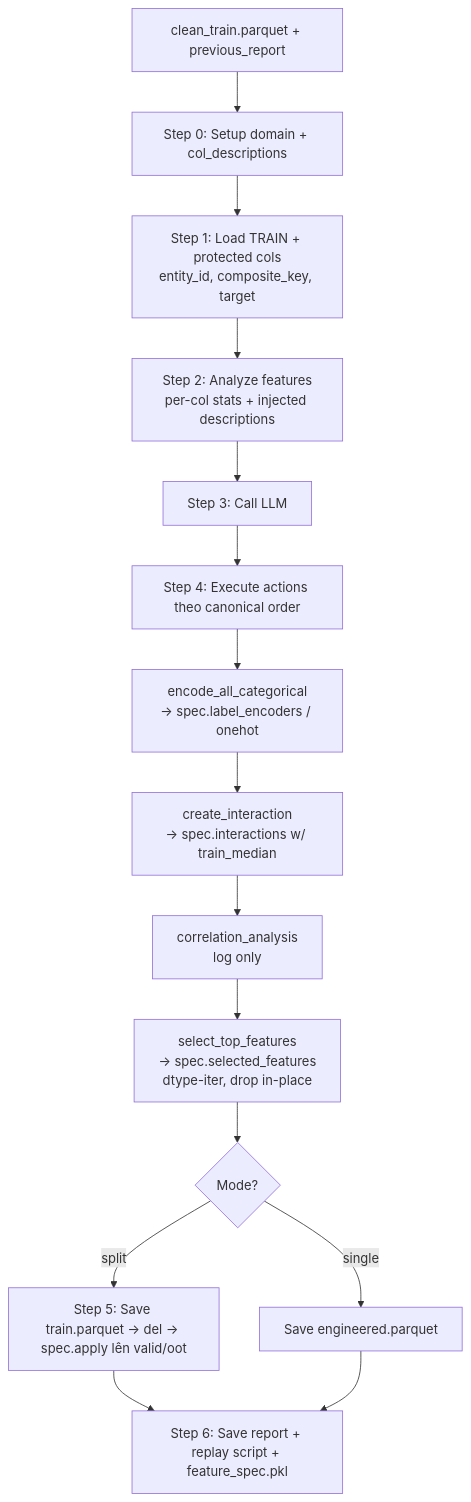
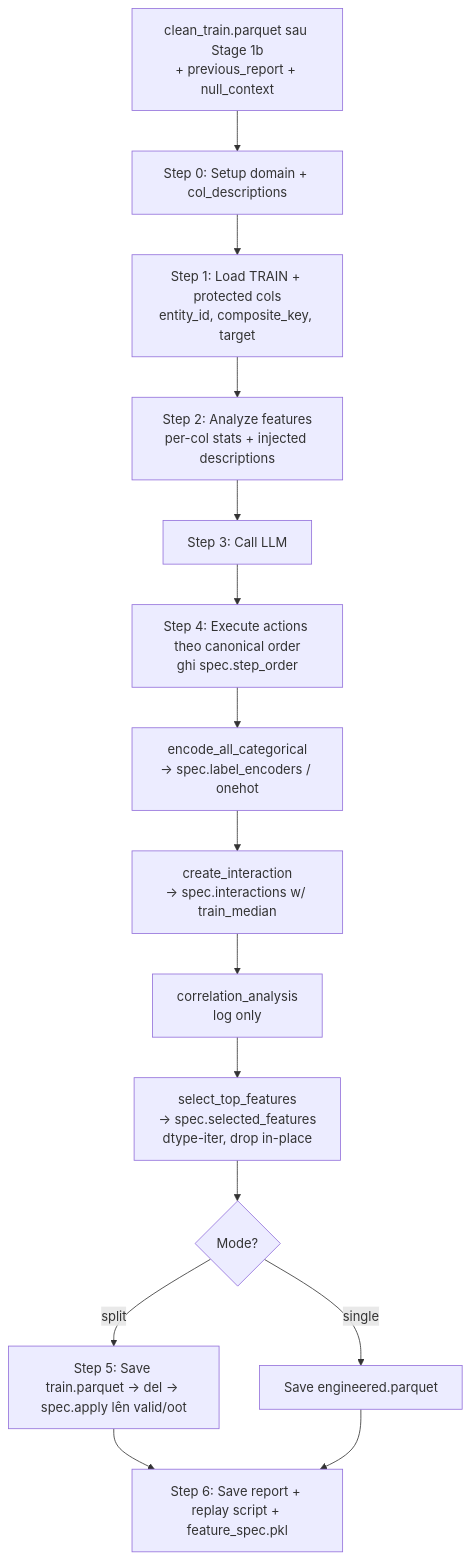
The diagram in docs/agent-2-feature-engineer.md (baongoc83/Multi-Agent-Auto-ML_NB), drawn with Mermaid before and after one commit. The commit also changed other lines of this file and 6 other files, not shown here.

````diff
--- a/docs/agent-2-feature-engineer.md
+++ b/docs/agent-2-feature-engineer.md
@@ -181,17 +192,17 @@
 ```mermaid
 flowchart TD
-    A[clean_train.parquet + previous_report] --> B[Step 0: Setup domain + col_descriptions]
+    A[clean_train.parquet sau Stage 1b<br/>+ previous_report + null_context] --> B[Step 0: Setup domain + col_descriptions]
     B --> C[Step 1: Load TRAIN + protected cols<br/>entity_id, composite_key, target]
     C --> D[Step 2: Analyze features<br/>per-col stats + injected descriptions]
     D --> E[Step 3: Call LLM]
-    E --> F[Step 4: Execute actions theo canonical order]
+    E --> F[Step 4: Execute actions theo canonical order<br/>ghi spec.step_order]
     F --> F1[encode_all_categorical<br/>→ spec.label_encoders / onehot]
     F1 --> F2[create_interaction<br/>→ spec.interactions w/ train_median]
     F2 --> F3[correlation_analysis<br/>log only]
     F3 --> F4[select_top_features<br/>→ spec.selected_features<br/>dtype-iter, drop in-place]
     F4 --> G{Mode?}
     G -->|split| H[Step 5: Save train.parquet → del → spec.apply lên valid/oot]
     G -->|single| I[Save engineered.parquet]
     H --> J[Step 6: Save report + replay script + feature_spec.pkl]
     I --> J
 ```
````
